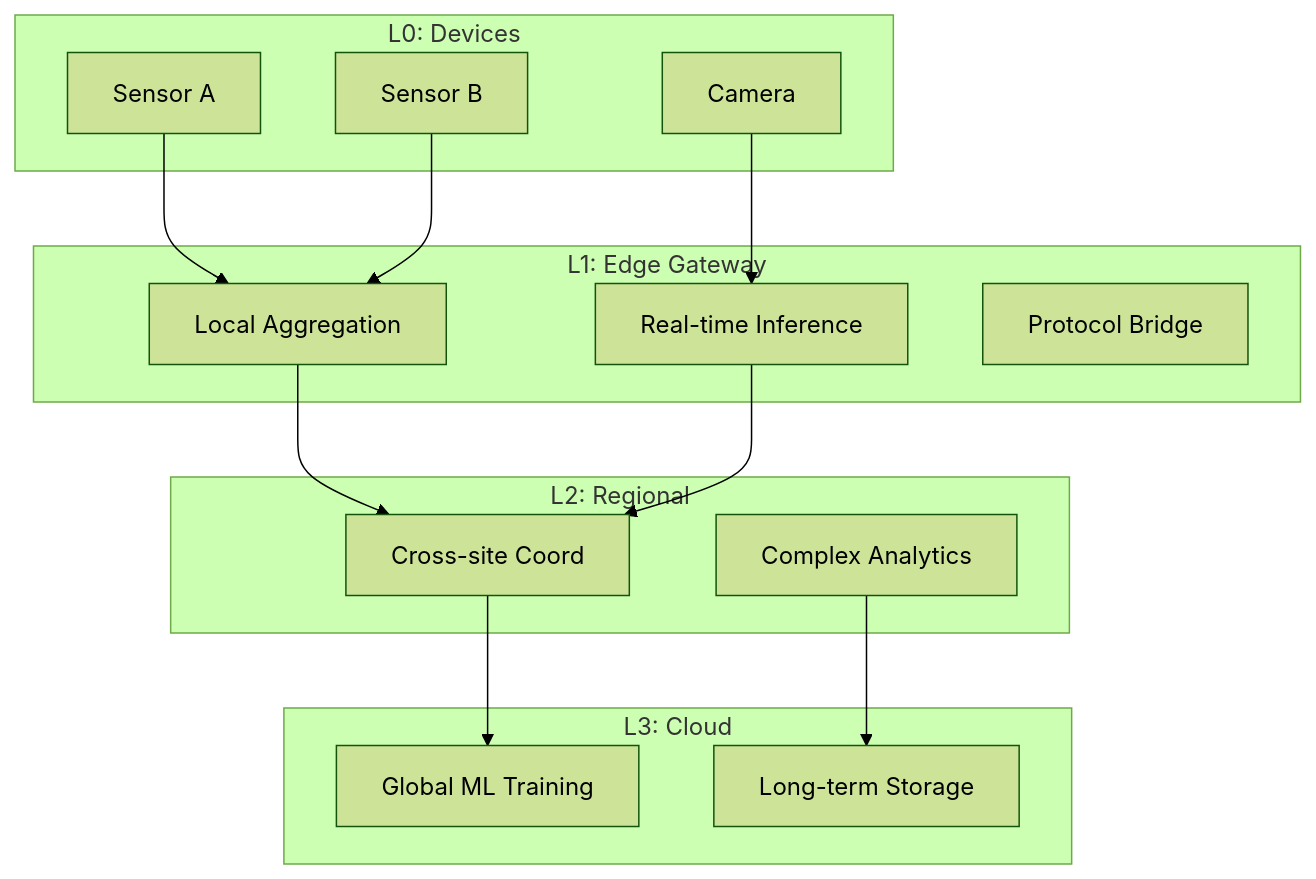
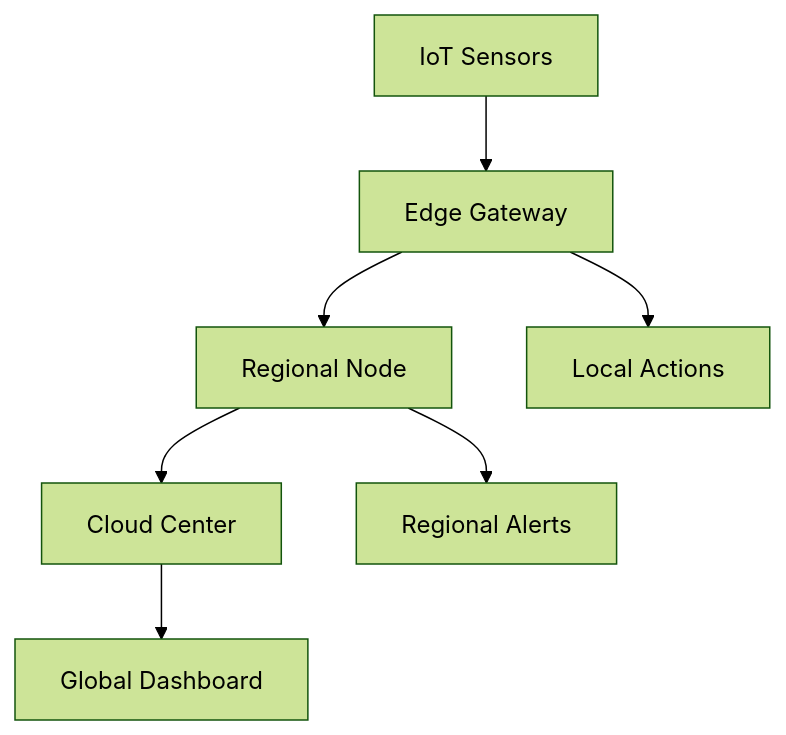
The diagram in en/edge-streaming-architecture.md (AdaMartin18010/AnalysisDataFlow), drawn with Mermaid (forest theme) before and after one commit. The commit also changed other lines of this file and 38 other files, not shown here.

````diff
--- a/en/edge-streaming-architecture.md
+++ b/en/edge-streaming-architecture.md
@@ -66,28 +53,10 @@
 ```mermaid
 graph TB
-    subgraph "L0: Devices"
-        D1[Sensor A]
-        D2[Sensor B]
-        D3[Camera]
-    end
-    subgraph "L1: Edge Gateway"
-        E1[Local Aggregation]
-        E2[Real-time Inference]
-        E3[Protocol Bridge]
-    end
-    subgraph "L2: Regional"
-        R1[Cross-site Coord]
-        R2[Complex Analytics]
-    end
-    subgraph "L3: Cloud"
-        C1[Global ML Training]
-        C2[Long-term Storage]
-    end
-    D1 --> E1
-    D2 --> E1
-    D3 --> E2
-    E1 --> R1
-    E2 --> R1
-    R1 --> C1
-    R2 --> C2
+    IoT[IoT Sensors] --> Edge[Edge Gateway]
+    Edge --> Regional[Regional Node]
+    Regional --> Cloud[Cloud Center]
+
+    Edge --> Local[Local Actions]
+    Regional --> RegionalActions[Regional Alerts]
+    Cloud --> Global[Global Dashboard]
 ```
````
